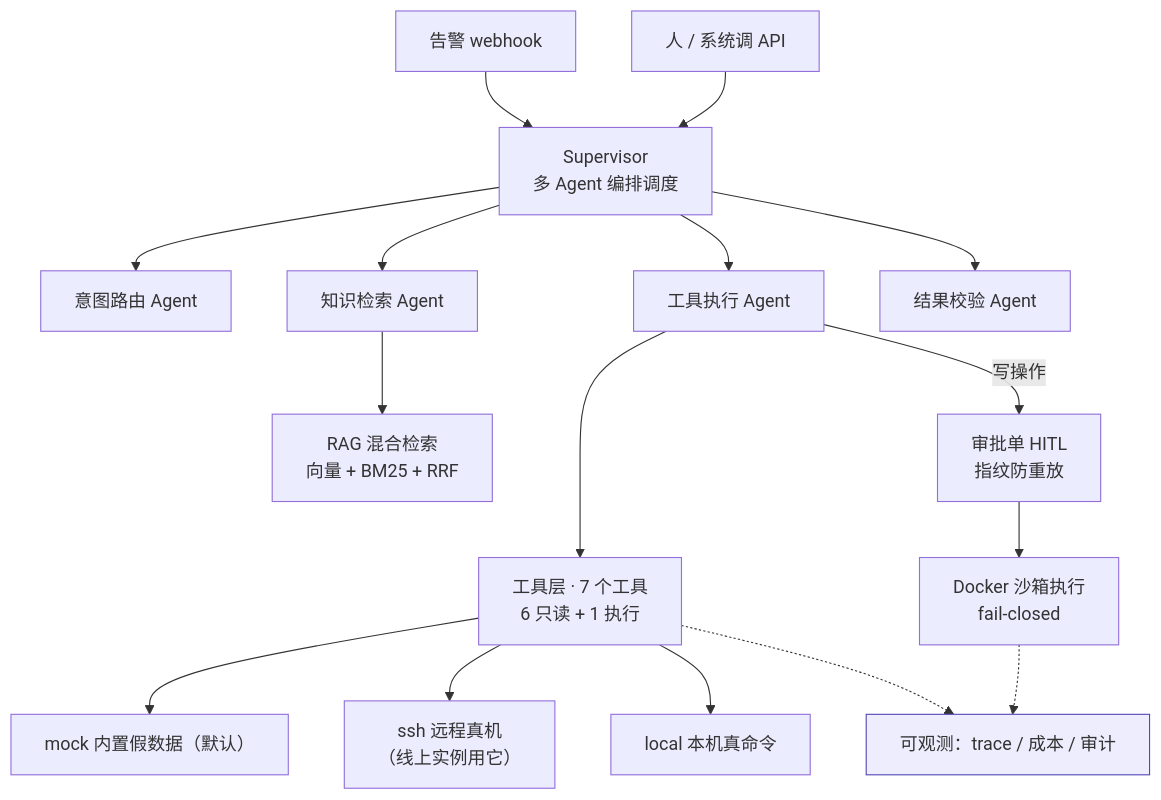
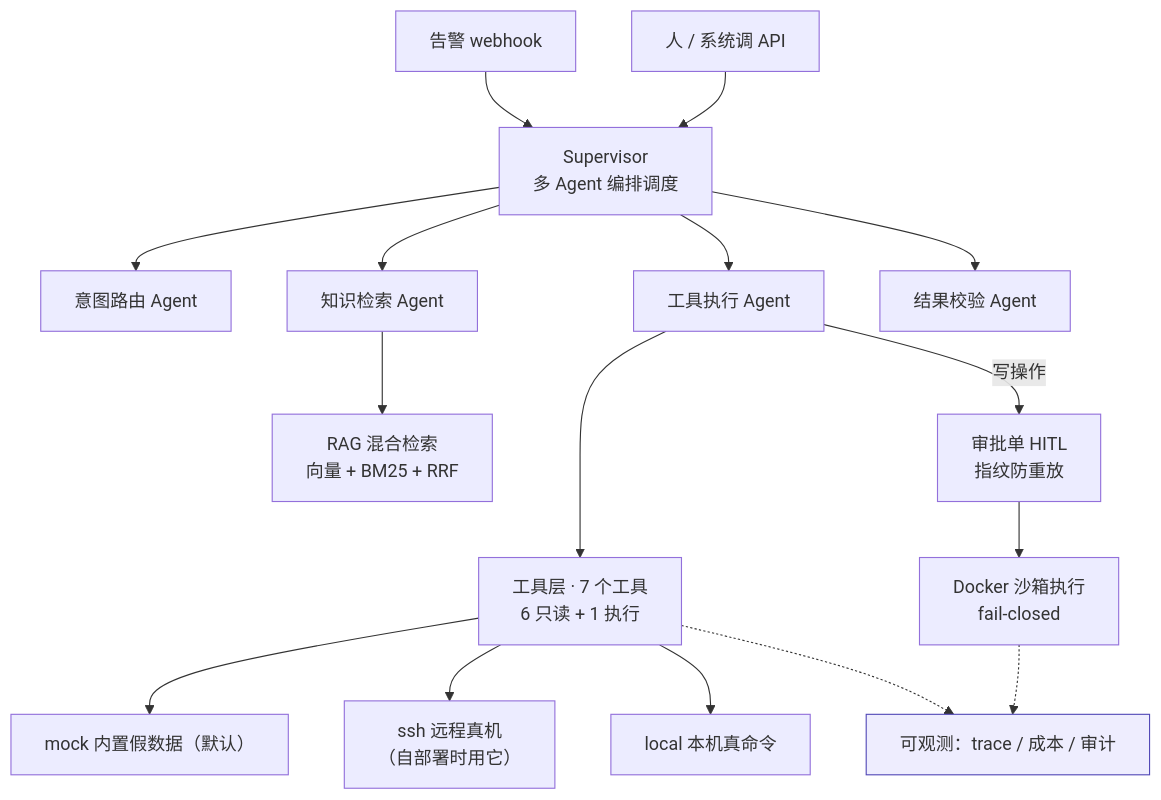
One commit to wang-25/agentdesk changed the diagram in README.md. Above: the diagram before and after it, drawn with Mermaid. The commit also changed other lines of this file and 1 other file, not shown here.

````diff
--- a/README.md
+++ b/README.md
@@ -99,27 +98,27 @@
 ```mermaid
 flowchart TB
     S["Supervisor<br/>多 Agent 编排调度"]
 
     A1["告警 webhook"] --> S
     A2["人 / 系统调 API"] --> S
 
     S --> I["意图路由 Agent"]
     S --> K["知识检索 Agent"]
     S --> D["工具执行 Agent"]
     S --> V["结果校验 Agent"]
 
     K --> R["RAG 混合检索<br/>向量 + BM25 + RRF"]
     D --> T["工具层 · 7 个工具<br/>6 只读 + 1 执行"]
     T --> M["mock 内置假数据（默认）"]
-    T --> SSH["ssh 远程真机<br/>（线上实例用它）"]
+    T --> SSH["ssh 远程真机<br/>（自部署时用它）"]
     T --> L["local 本机真命令"]
 
     D -->|写操作| H["审批单 HITL<br/>指纹防重放"]
     H --> C["Docker 沙箱执行<br/>fail-closed"]
 
     OBS["可观测：trace / 成本 / 审计"]:::obs
     T -.-> OBS
     C -.-> OBS
 
     classDef obs fill:#EEEDFE,stroke:#534AB7,stroke-width:1px
 ```
````
